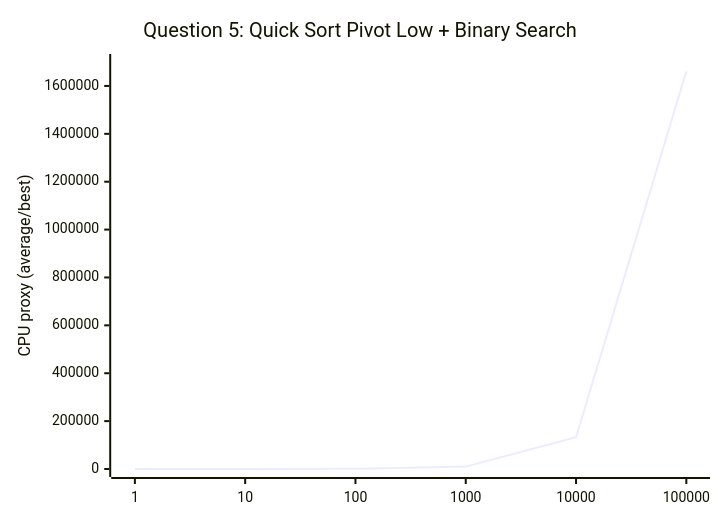
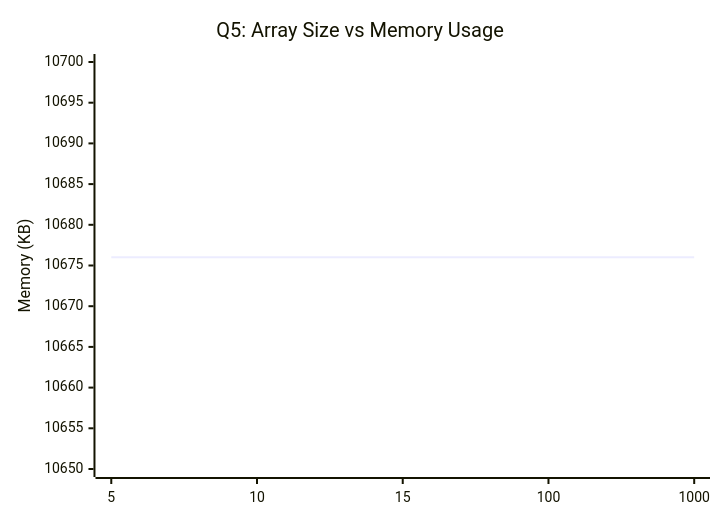
Before and after one commit to Vortex-16/DAA: the tenth of 10 diagrams in BinarySearch(Sorting)/README.md, drawn with Mermaid. The commit also changed other lines of this file, not shown here.

````diff
--- a/BinarySearch(Sorting)/README.md
+++ b/BinarySearch(Sorting)/README.md
@@ -658,7 +679,7 @@
 ```mermaid
 xychart-beta
-    title "Question 5: Quick Sort Pivot Low + Binary Search"
-    x-axis ["1", "10", "100", "1000", "10000", "100000"]
-    y-axis "CPU proxy (average/best)" 0 --> 1700000
-    line [1, 38, 671, 9976, 132891, 1660981]
+    title "Q5: Array Size vs Memory Usage"
+    x-axis ["5", "10", "15", "100", "1000"]
+    y-axis "Memory (KB)" 10650 --> 10700
+    line [10676, 10676, 10676, 10676, 10676]
 ```
````
